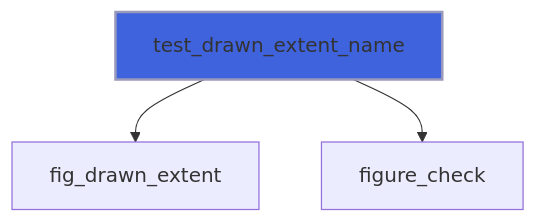
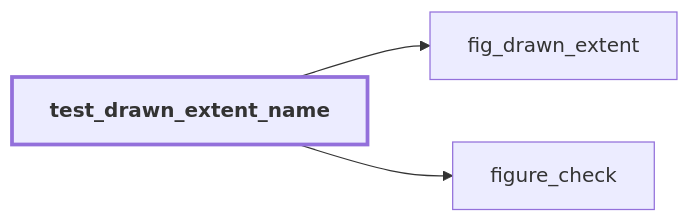
One commit to szaghi/figure changed the ninth of 57 diagrams in docs/api/src/lib/figure_testing.md. Above: the diagram before and after it, drawn with Mermaid. The commit also changed other lines of this file and 54 other files, not shown here.

````diff
--- a/docs/api/src/lib/figure_testing.md
+++ b/docs/api/src/lib/figure_testing.md
@@ -297,6 +366,9 @@
 ```mermaid
-flowchart TD
+flowchart LR
   test_drawn_extent_name["test_drawn_extent_name"] --> fig_drawn_extent["fig_drawn_extent"]
   test_drawn_extent_name["test_drawn_extent_name"] --> figure_check["figure_check"]
-  style test_drawn_extent_name fill:#3e63dd,stroke:#99b,stroke-width:2px
+  classDef focus stroke-width:3px,font-weight:bold
+  class test_drawn_extent_name focus
+  click figure_check href "figure_base.html#figure-check" "figure_check"
+  click fig_drawn_extent href "figure_c_native.html#fig-drawn-extent" "fig_drawn_extent"
 ```
````
